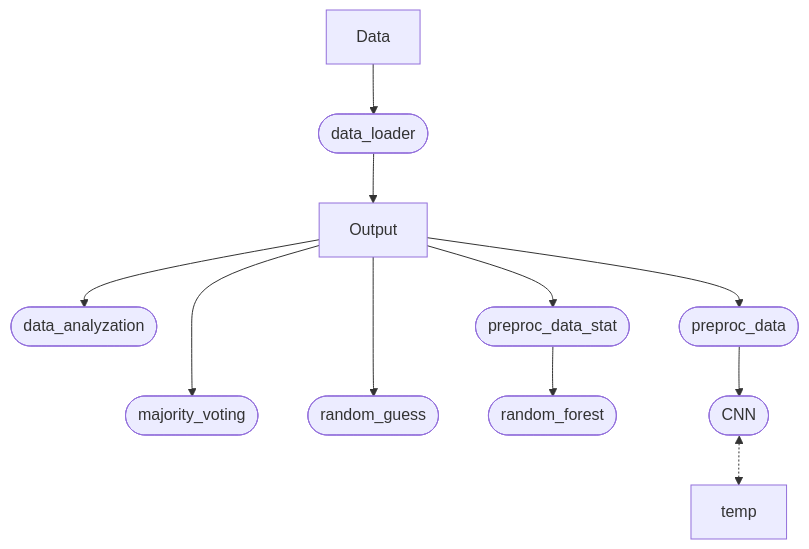
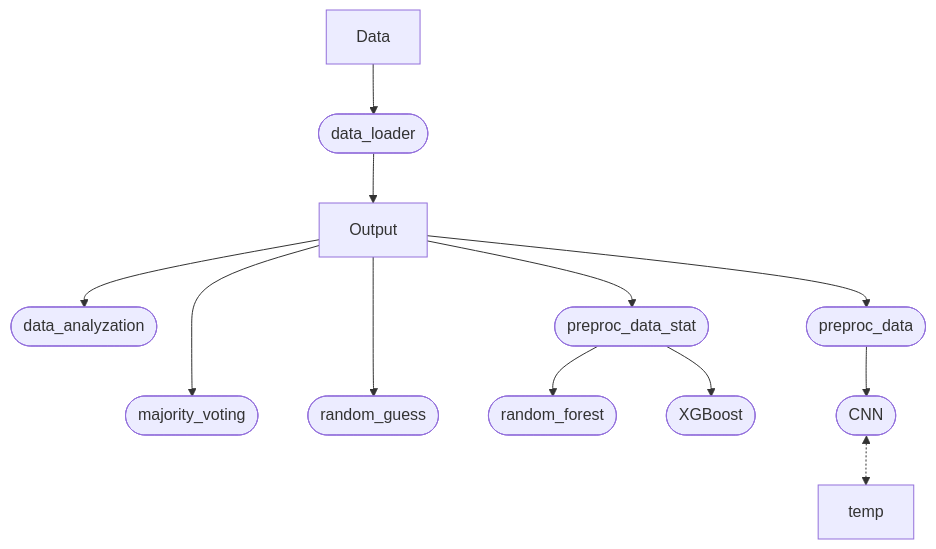
The diagram in README.md (Yahnnosh/Sensor-Based-Modeling-of-Fatigue-Using-Transformer-Model), drawn with Mermaid before and after one commit. The commit also changed other lines of this file and 4 other files, not shown here.

````diff
--- a/README.md
+++ b/README.md
@@ -4,15 +4,16 @@
 ```mermaid
 flowchart TD;
     Data --> id1([data_loader])
     id1([data_loader]) --> Output
     
     Output --> id3([data_analyzation])
     Output --> id2([preproc_data])
     Output --> id6([preproc_data_stat])
     Output ---> id4([majority_voting])
     Output ---> id9([random_guess])
     
     id6([preproc_data_stat]) --> id8([random_forest])
+    id6([preproc_data_stat]) --> id10([XGBoost])
     id2([preproc_data]) --> id5([CNN])
     id5([CNN]) <.-> temp
 ```
````
